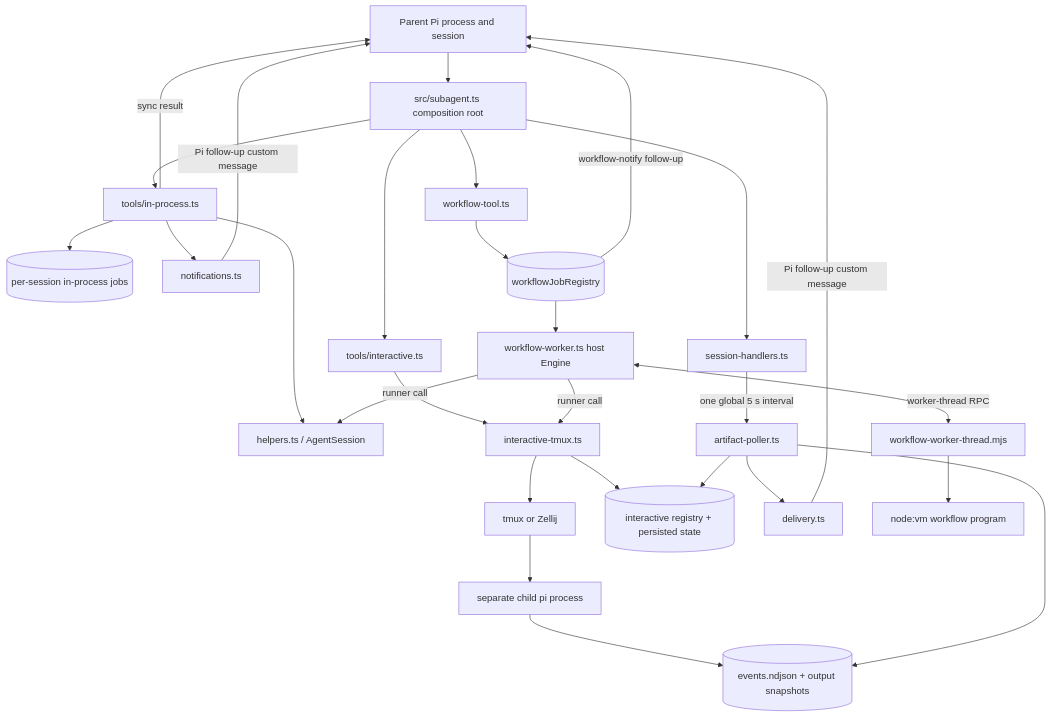
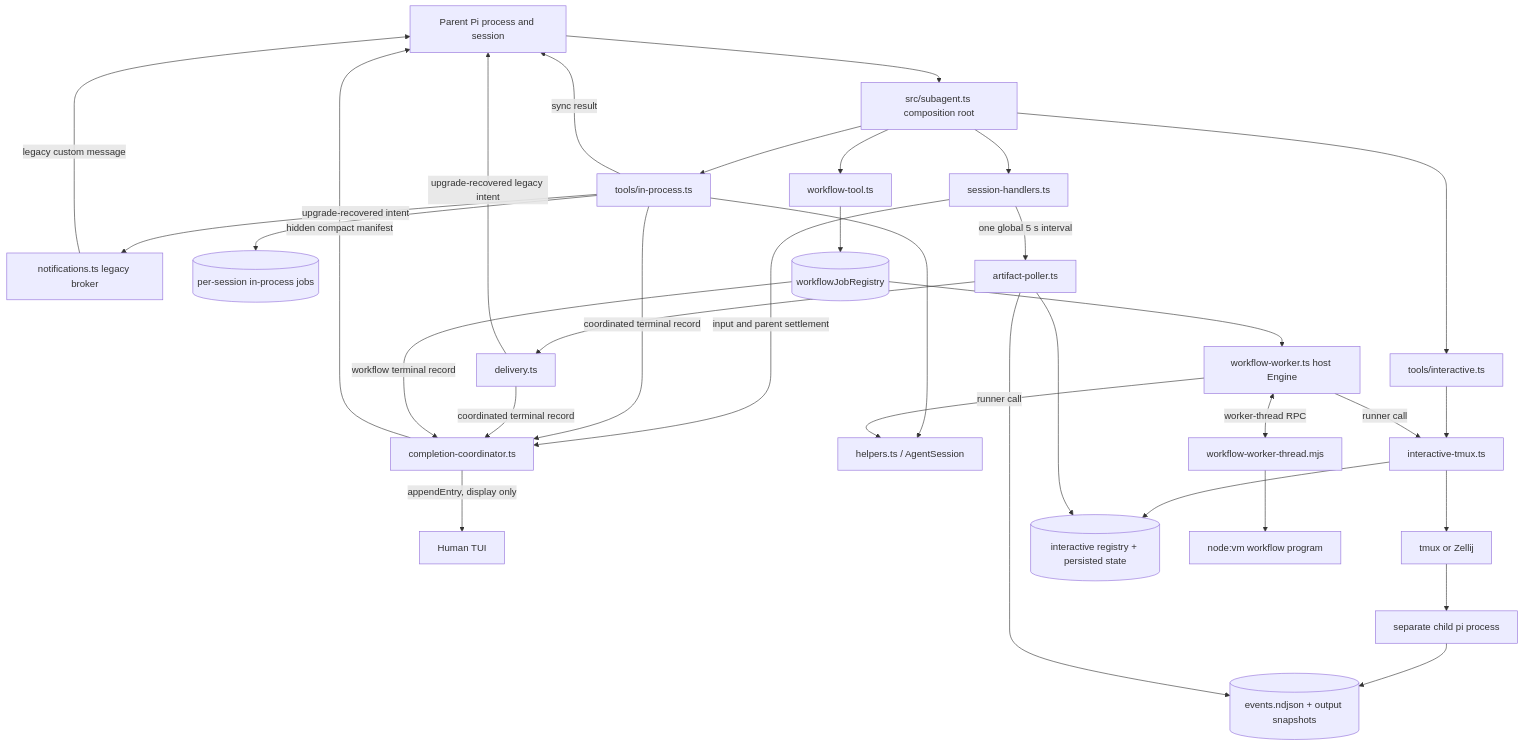
The first of 8 diagrams in architecture.md (avi2d/pi-subagentura), drawn with Mermaid before and after one commit. The commit also changed other lines of this file and 32 other files, not shown here.

Commit message:
feat: coordinate completion delivery

````diff
--- a/architecture.md
+++ b/architecture.md
@@ -32,57 +33,65 @@
 ```mermaid
 flowchart TB
   Parent[Parent Pi process and session]
+  Human[Human TUI]
   Root[src/subagent.ts composition root]
   Session[session-handlers.ts]
+  Coordinator[completion-coordinator.ts]
+  Legacy[notifications.ts legacy broker]
 
   InTools[tools/in-process.ts]
   InKernel[helpers.ts / AgentSession]
   InJobs[(per-session in-process jobs)]
-  InNotify[notifications.ts]
 
   IntTools[tools/interactive.ts]
   IntKernel[interactive-tmux.ts]
   Mux[tmux or Zellij]
   Child[separate child pi process]
   Artifacts[(events.ndjson + output snapshots)]
   IntJobs[(interactive registry + persisted state)]
   Poller[artifact-poller.ts]
   Delivery[delivery.ts]
 
   WfTools[workflow-tool.ts]
   WfJobs[(workflowJobRegistry)]
   Host[workflow-worker.ts host Engine]
   Worker[workflow-worker-thread.mjs]
   VM[node:vm workflow program]
 
   Parent --> Root
   Root --> Session
   Root --> InTools
   Root --> IntTools
   Root --> WfTools
+  Session -->|input and parent settlement| Coordinator
 
   InTools --> InKernel
   InTools --> InJobs
-  InTools --> InNotify
-  InNotify -->|Pi follow-up custom message| Parent
+  InTools -->|coordinated terminal record| Coordinator
+  InTools -->|upgrade-recovered intent| Legacy
+  Legacy -->|legacy custom message| Parent
   InTools -->|sync result| Parent
 
   IntTools --> IntKernel
   IntKernel --> Mux
   Mux --> Child
   Child --> Artifacts
   IntKernel --> IntJobs
   Session -->|one global 5 s interval| Poller
   Poller --> Artifacts
   Poller --> IntJobs
   Poller --> Delivery
-  Delivery -->|Pi follow-up custom message| Parent
+  Delivery -->|coordinated terminal record| Coordinator
+  Delivery -->|upgrade-recovered legacy intent| Parent
 
   WfTools --> WfJobs
   WfJobs --> Host
   Host <-->|worker-thread RPC| Worker
   Worker --> VM
   Host -->|runner call| InKernel
   Host -->|runner call| IntKernel
-  WfJobs -->|workflow-notify follow-up| Parent
+  WfJobs -->|workflow terminal record| Coordinator
+
+  Coordinator -->|appendEntry, display only| Human
+  Coordinator -->|hidden compact manifest| Parent
 ```
````
